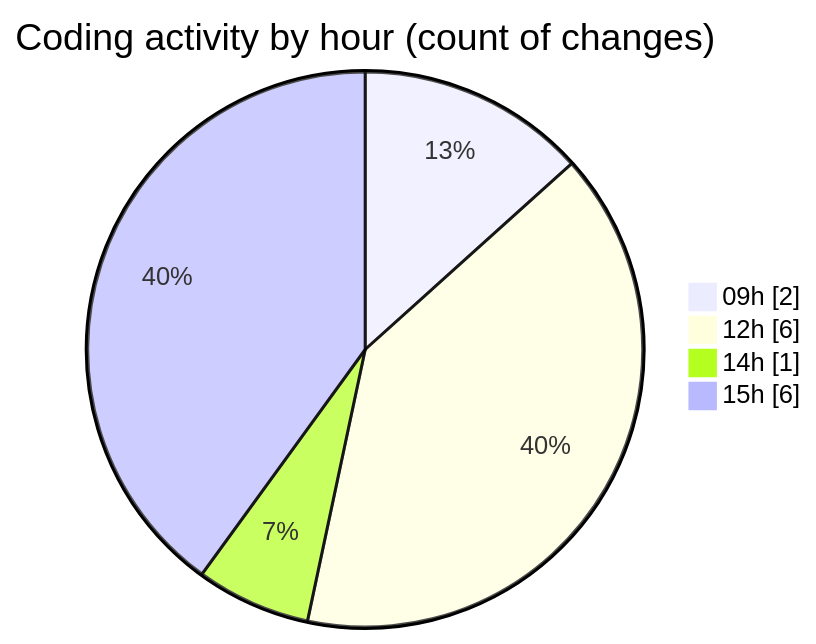
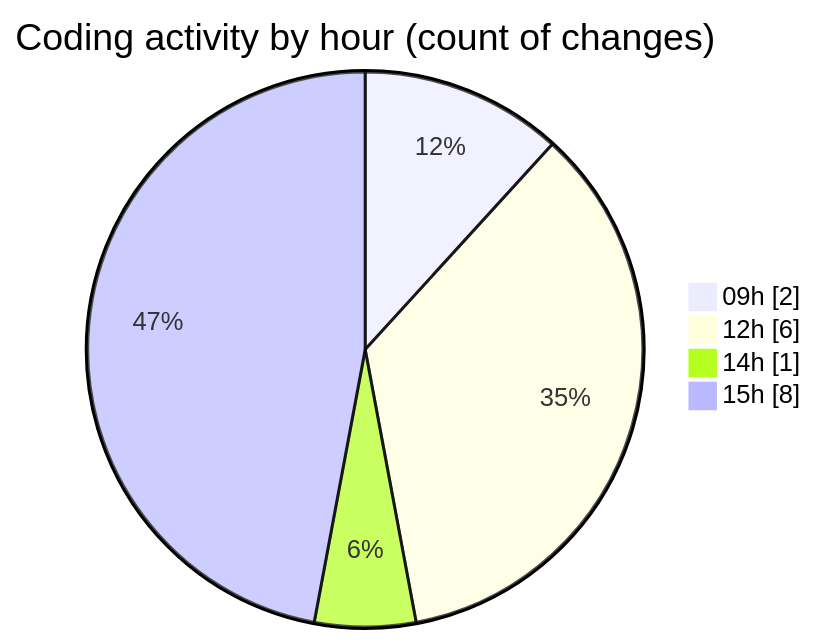
The second of 2 diagrams in 2026-06-16/cinema_3/README.md (igalym/code-tracking), drawn with Mermaid before and after one commit. The commit also changed other lines of this file and 1 other file, not shown here.

````diff
--- a/2026-06-16/cinema_3/README.md
+++ b/2026-06-16/cinema_3/README.md
@@ -38,8 +38,8 @@
 ```mermaid
 pie showData
 title Coding activity by hour (count of changes)
 "09h" : 2
 "12h" : 6
 "14h" : 1
-"15h" : 6
+"15h" : 8
 ```
````
